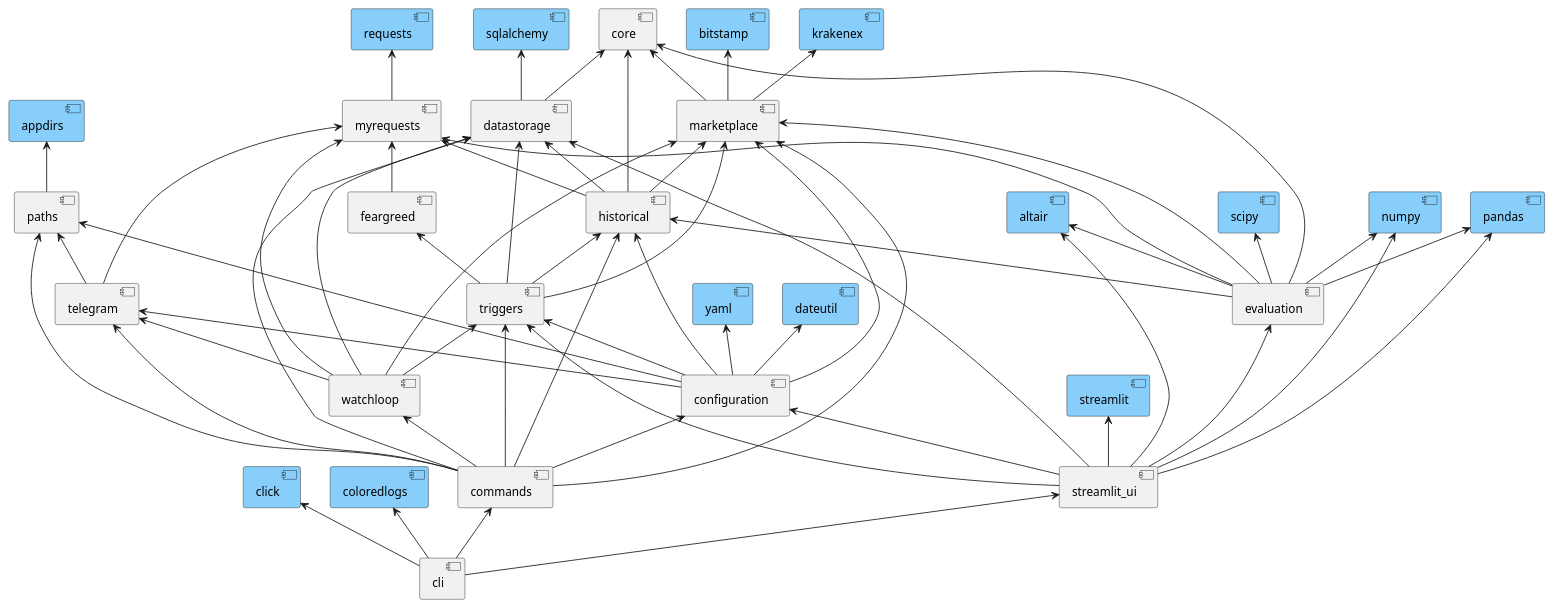
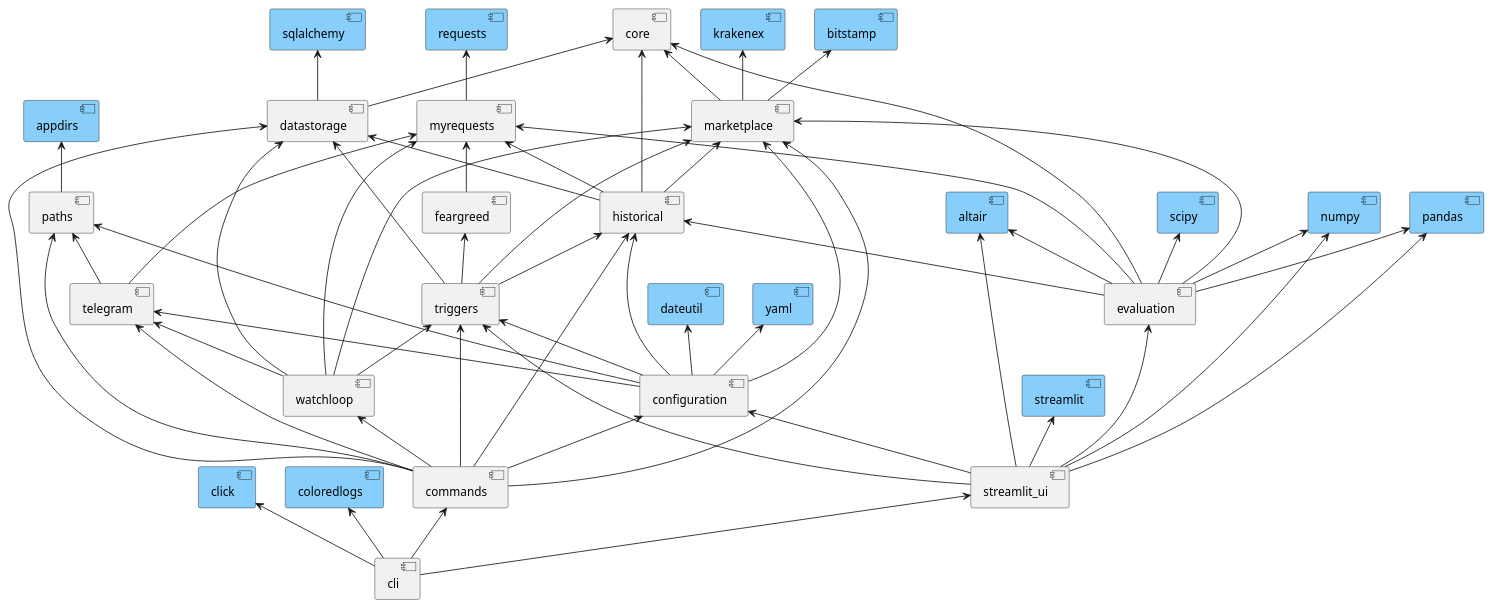
One commit to martin-ueding/vigilant-crypto-snatch changed the diagram in docs/dev/graphs/_components.puml. Above: the diagram before and after it, drawn with PlantUML. The commit also changed 6 other files, not shown here.

```diff
--- a/docs/dev/graphs/_components.puml
+++ b/docs/dev/graphs/_components.puml
@@ -1,106 +1,111 @@
 @startuml
 
 component altair #lightskyblue
 component appdirs #lightskyblue
 component bitstamp #lightskyblue
 component click #lightskyblue
 component coloredlogs #lightskyblue
 component dateutil #lightskyblue
 component krakenex #lightskyblue
 component numpy #lightskyblue
 component pandas #lightskyblue
 component requests #lightskyblue
 component scipy #lightskyblue
 component sqlalchemy #lightskyblue
 component streamlit #lightskyblue
 component yaml #lightskyblue
 
 component cli
 component commands
 component configuration
 component core
 component datastorage
 component evaluation
 component feargreed
 component historical
 component marketplace
 component myrequests
 component paths
 component streamlit_ui
 component telegram
 component triggers
 component watchloop
 
-coloredlogs <-- cli
 commands <-- cli
 streamlit_ui <-- cli
+
 click <-- cli
+coloredlogs <-- cli
 
 configuration <-- commands
 datastorage <-- commands
 historical <-- commands
 marketplace <-- commands
 paths <-- commands
 telegram <-- commands
 triggers <-- commands
 watchloop <-- commands
 
-dateutil <-- configuration
 historical <-- configuration
 marketplace <-- configuration
 paths <-- configuration
 telegram <-- configuration
 triggers <-- configuration
+
 yaml <-- configuration
+dateutil <-- configuration
 
 core <-- datastorage
+
 sqlalchemy <-- datastorage
 
 core <-- evaluation
 historical <-- evaluation
 marketplace <-- evaluation
 myrequests <-- evaluation
+
 numpy <-- evaluation
 pandas <-- evaluation
 scipy <-- evaluation
 altair <-- evaluation
 
 myrequests <-- feargreed
 
 core <-- historical
 datastorage <-- historical
 marketplace <-- historical
 myrequests <-- historical
 
+core <-- marketplace
+
 bitstamp <-- marketplace
-core <-- marketplace
 krakenex <-- marketplace
 
 requests <-- myrequests
 
 appdirs <-- paths
 
+configuration <-- streamlit_ui
+evaluation <-- streamlit_ui
+triggers <-- streamlit_ui
+
 altair <-- streamlit_ui
-evaluation <-- streamlit_ui
-configuration <-- streamlit_ui
-datastorage <-- streamlit_ui
-triggers <-- streamlit_ui
-streamlit <-- streamlit_ui
 numpy <-- streamlit_ui
 pandas <-- streamlit_ui
+streamlit <-- streamlit_ui
 
 myrequests <-- telegram
 paths <-- telegram
 
 datastorage <-- triggers
 feargreed <-- triggers
 historical <-- triggers
 marketplace <-- triggers
 
 datastorage <-- watchloop
 marketplace <-- watchloop
 myrequests <-- watchloop
 telegram <-- watchloop
 triggers <-- watchloop
 
 @enduml
```
